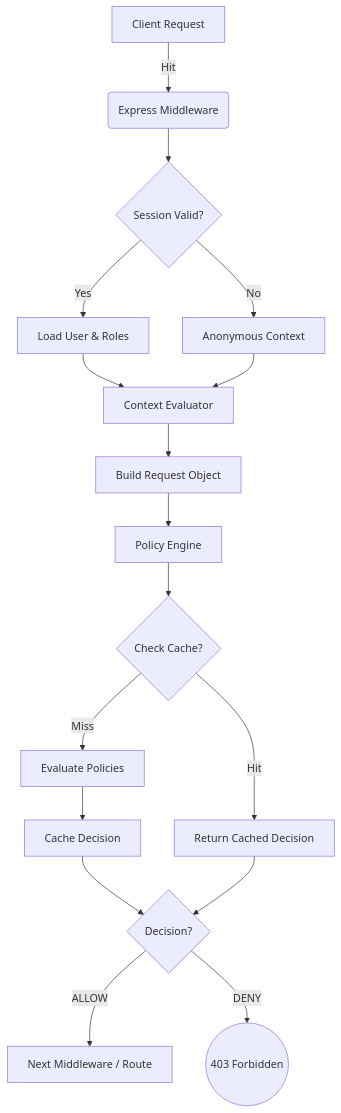
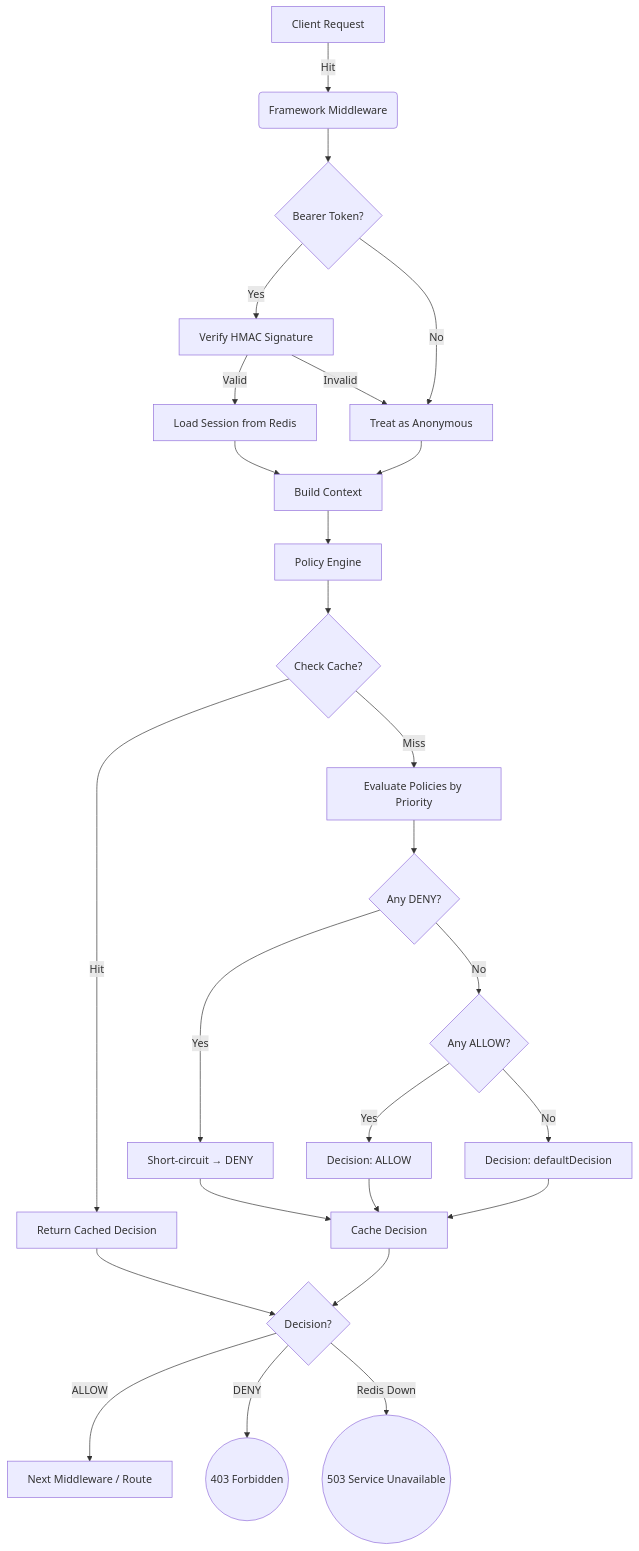
One commit to Krithik-sri/ztfv2 changed the diagram in README.md. Above: the diagram before and after it, drawn with Mermaid. The commit also changed other lines of this file and 2 other files, not shown here.

````diff
--- a/README.md
+++ b/README.md
@@ -25,19 +28,28 @@
 ```mermaid
 graph TD
-    A[Client Request] -->|Hit| B(Express Middleware);
-    B --> C{Session Valid?};
-    C -- No --> D[Anonymous Context];
-    C -- Yes --> E[Load User & Roles];
-    E --> F[Context Evaluator];
-    D --> F;
-    F --> G[Build Request Object];
+    A[Client Request] -->|Hit| B(Framework Middleware);
+    B --> C{Bearer Token?};
+    C -- Yes --> D[Verify HMAC Signature];
+    D -- Invalid --> E[Treat as Anonymous];
+    D -- Valid --> F[Load Session from Redis];
+    C -- No --> E;
+    F --> G[Build Context];
+    E --> G;
     G --> H[Policy Engine];
     H --> I{Check Cache?};
     I -- Hit --> J[Return Cached Decision];
-    I -- Miss --> K[Evaluate Policies];
-    K --> L[Cache Decision];
-    L --> M{Decision?};
-    J --> M;
-    M -- ALLOW --> N[Next Middleware / Route];
-    M -- DENY --> O((403 Forbidden));
+    I -- Miss --> K[Evaluate Policies by Priority];
+    K --> L{Any DENY?};
+    L -- Yes --> M[Short-circuit → DENY];
+    L -- No --> N{Any ALLOW?};
+    N -- Yes --> O[Decision: ALLOW];
+    N -- No --> P[Decision: defaultDecision];
+    M --> Q[Cache Decision];
+    O --> Q;
+    P --> Q;
+    J --> R{Decision?};
+    Q --> R;
+    R -- ALLOW --> S[Next Middleware / Route];
+    R -- DENY --> T((403 Forbidden));
+    R -- Redis Down --> U((503 Service Unavailable));
 ```
````
